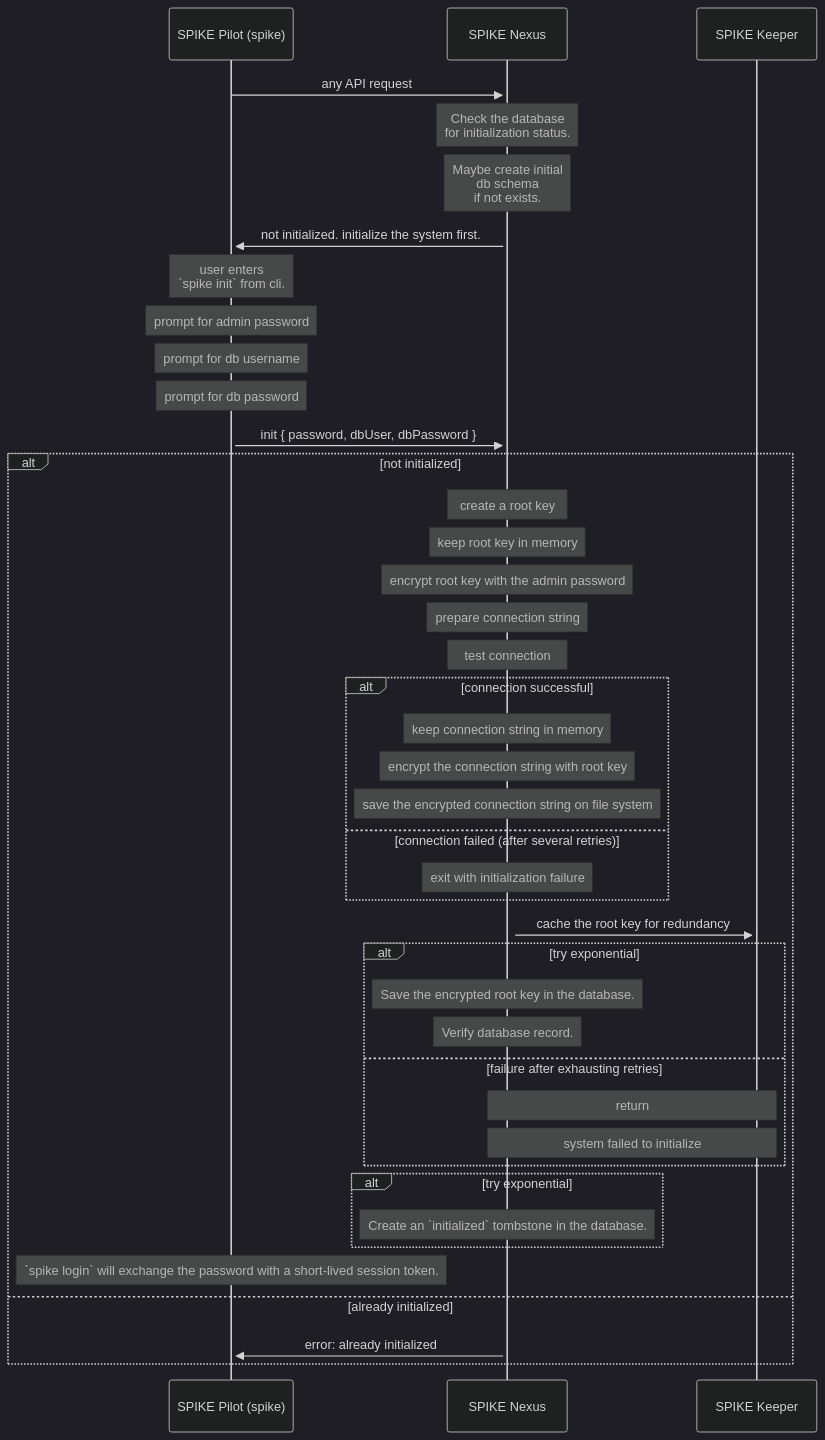
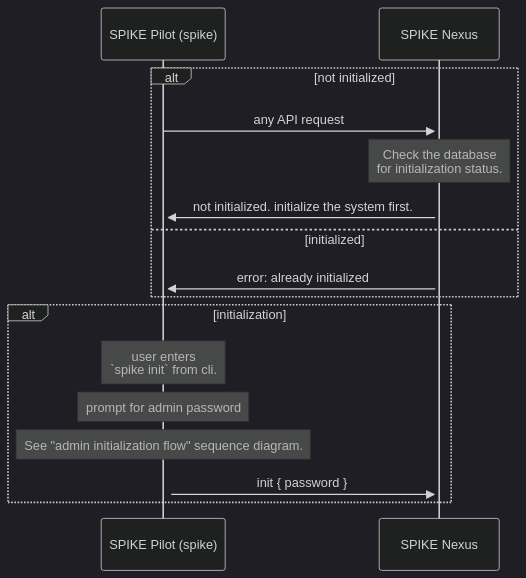
One commit to spiffe/spike changed the diagram in docs/architecture/charts/initialization.md. Above: the diagram before and after it, drawn with Mermaid (dark theme). The commit also changed 5 other files, not shown here.

````diff
--- a/docs/architecture/charts/initialization.md
+++ b/docs/architecture/charts/initialization.md
@@ -3,57 +3,24 @@
 ```mermaid
 sequenceDiagram
     participant P as SPIKE Pilot (spike)
     participant N as SPIKE Nexus
-    participant K as SPIKE Keeper
+
+    alt not initialized
 
     P->>+N: any API request
 
-    Note over N: Check the database<br>for initialization status.
-    Note over N: Maybe create initial<br>db schema<br>if not exists.
+        Note over N: Check the database<br>for initialization status.
 
-    N->>+P: not initialized. initialize the system first.
+        N->>+P: not initialized. initialize the system first.
 
-    Note over P: user enters<br>`spike init` from cli.
-
-    Note over P: prompt for admin password
-    Note over P: prompt for db username
-    Note over P: prompt for db password
-
-    P->>+N: init { password, dbUser, dbPassword }
-
-    alt not initialized
-        Note over N: create a root key
-        Note over N: keep root key in memory
-        
-        Note over N: encrypt root key with the admin password
-        Note over N: prepare connection string 
-       
-        Note over N: test connection
-        
-        alt connection successful
-            Note over N: keep connection string in memory
-            Note over N: encrypt the connection string with root key
-            Note over N: save the encrypted connection string on file system
-        else connection failed (after several retries)
-            Note over N: exit with initialization failure
-        end
-        
-        N->>+K: cache the root key for redundancy
-
-        alt try exponential
-            Note over N: Save the encrypted root key in the database.
-            Note over N: Verify database record.
-        else failure after exhausting retries
-            Note over N,K: return
-            Note over N,K: system failed to initialize
-        end
-       
-        alt try exponential 
-            Note over N: Create an `initialized` tombstone in the database.
-        end
-
-        Note over P: `spike login` will exchange the password with a short-lived session token.
-    else already initialized
+    else initialized
         N->>+P: error: already initialized
     end
+
+    alt initialization
+        Note over P: user enters<br>`spike init` from cli.
+        Note over P: prompt for admin password
+        Note over P: See "admin initialization flow" sequence diagram.
+        P->>+N: init { password }
+    end
 ```
````
